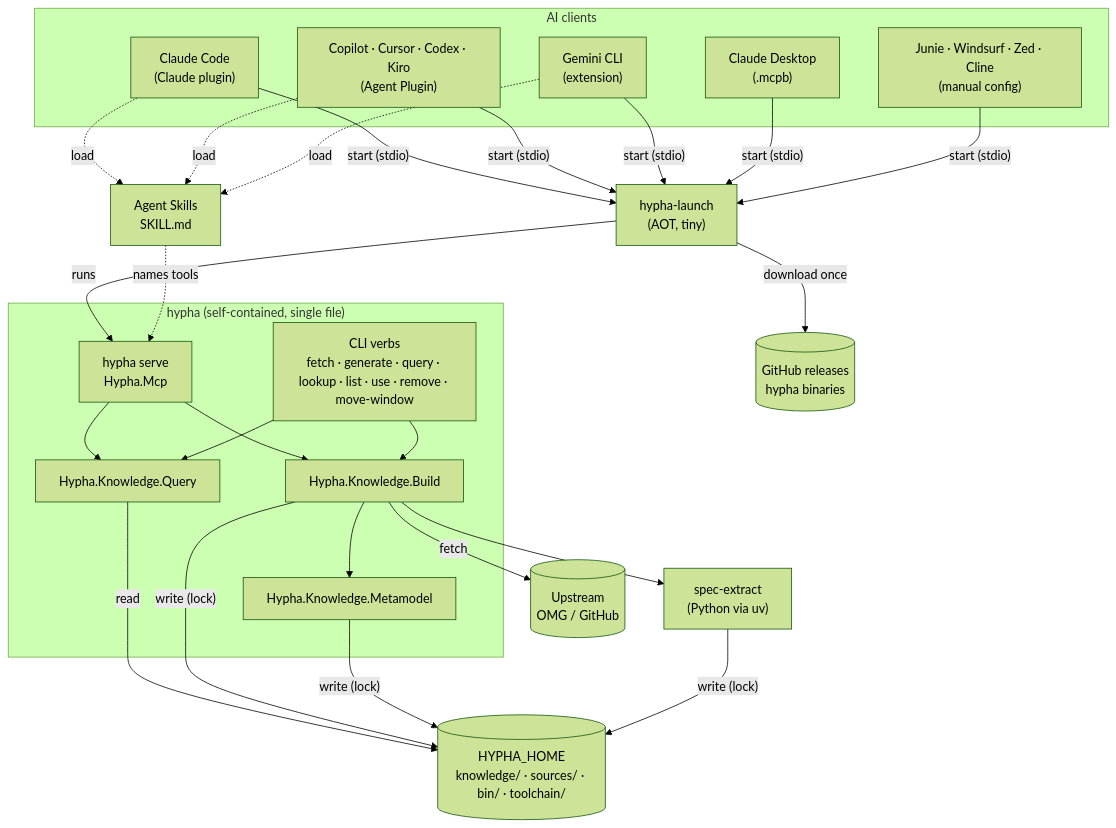
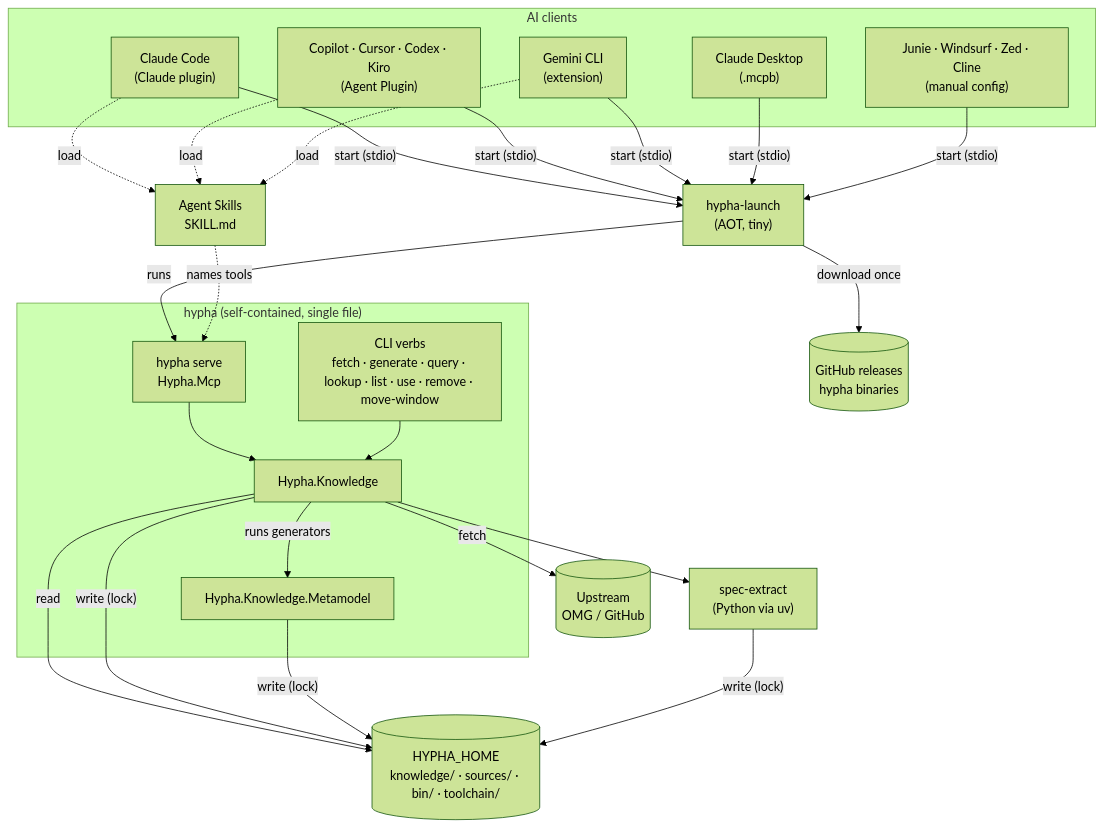
Before and after one commit to mycelium-cmbse/mycelium-hypha: the first of 4 diagrams in hypha-mcp-refactor-plan.md, drawn with Mermaid (forest theme). The commit also changed other lines of this file and 282 other files, not shown here.

First line of the commit message:
[Refactor] rename Hypha.MetamodelGen to Hypha.Knowledge.Metamodel and serialize every JSON document through a source-generated context; fixes #193 (#203)

````diff
--- a/hypha-mcp-refactor-plan.md
+++ b/hypha-mcp-refactor-plan.md
@@ -51,42 +52,39 @@
 ```mermaid
 flowchart TB
     subgraph Clients["AI clients"]
         CC["Claude Code<br/>(Claude plugin)"]
         AP["Copilot · Cursor · Codex · Kiro<br/>(Agent Plugin)"]
         GE["Gemini CLI<br/>(extension)"]
         CD["Claude Desktop<br/>(.mcpb)"]
         MC["Junie · Windsurf · Zed · Cline<br/>(manual config)"]
     end
 
     SK["Agent Skills<br/>SKILL.md"]
     L["hypha-launch<br/>(AOT, tiny)"]
 
     subgraph H["hypha (self-contained, single file)"]
         CLI["CLI verbs<br/>fetch · generate · query · lookup · list · use · remove · move-window"]
         SRV["hypha serve<br/>Hypha.Mcp"]
-        Q["Hypha.Knowledge.Query"]
-        K["Hypha.Knowledge.Build"]
+        K["Hypha.Knowledge"]
         MG["Hypha.Knowledge.Metamodel"]
     end
 
     SE["spec-extract<br/>(Python via uv)"]
     HH[("HYPHA_HOME<br/>knowledge/ · sources/ · bin/ · toolchain/")]
     UP[("Upstream<br/>OMG / GitHub")]
     GR[("GitHub releases<br/>hypha binaries")]
 
     CC & AP & GE & CD & MC -- "start (stdio)" --> L
     L -- "download once" --> GR
     L -- "runs" --> SRV
     CC & AP & GE -. "load" .-> SK
     SK -. "names tools" .-> SRV
 
-    SRV --> Q
     SRV --> K
-    CLI --> Q
     CLI --> K
-    K --> MG
+    K -- "runs generators" --> MG
     K --> SE
-    Q -- "read" --> HH
+    K -- "read" --> HH
     K -- "fetch" --> UP
     K & MG & SE -- "write (lock)" --> HH
 ```
````
